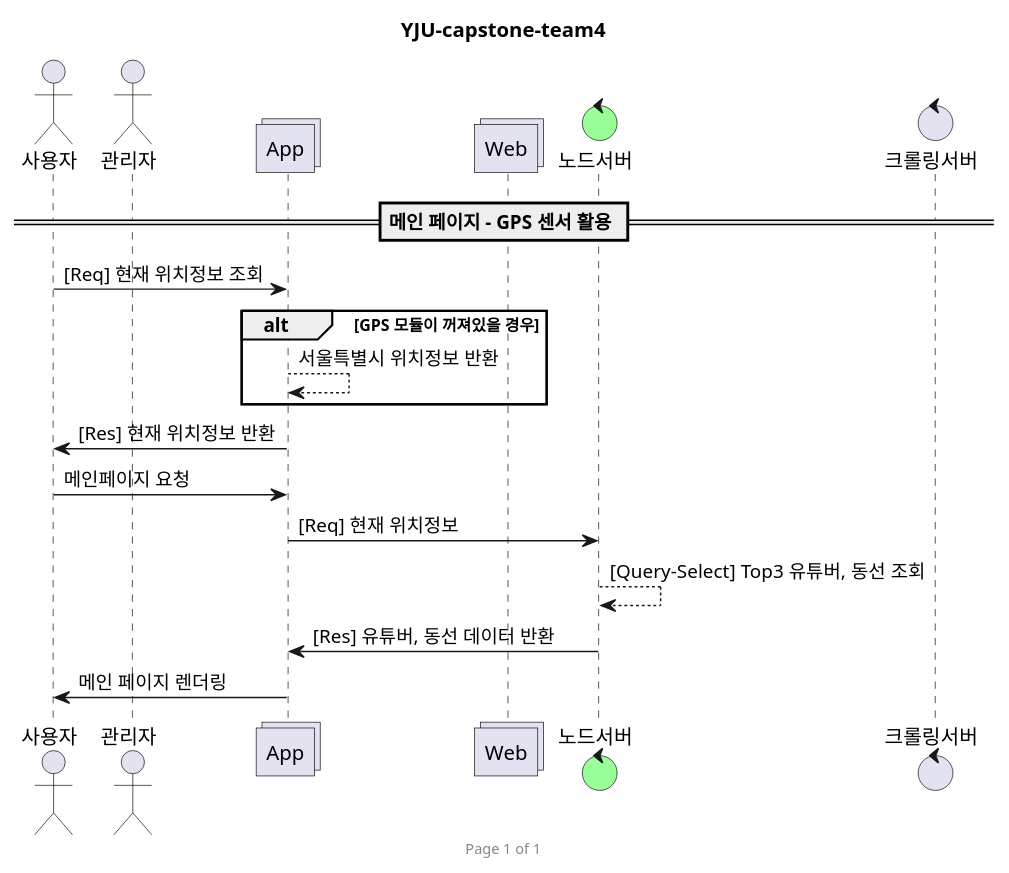
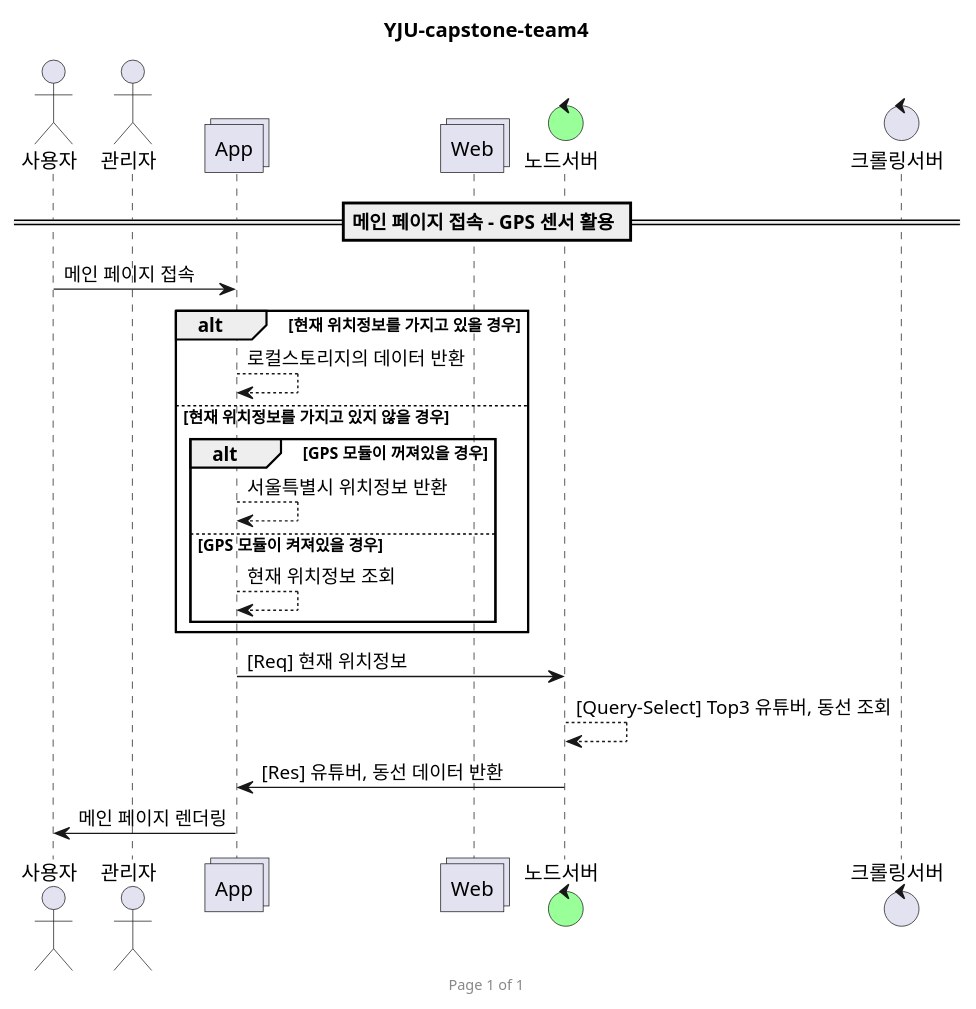
One commit to YJU-capstone-team4/ReactNative.js-project-UserApp changed the diagram in 메인 페이지 - GPS 센서 활용.wsd. Above: the diagram before and after it, drawn with PlantUML. The commit also changed 4 other files, not shown here.

Commit message:
Feature :: 메인, 유튜버 검색 + 신청 , 크롤링 확인 UML

```diff
--- a/메인 페이지 - GPS 센서 활용.wsd
+++ b/메인 페이지 - GPS 센서 활용.wsd
@@ -1,26 +1,32 @@
 @startuml
 
 title YJU-capstone-team4
 footer Page %page% of %lastpage%
 
 actor 사용자 as User
 actor 관리자 as Admin
 
 collections App
 collections Web
 control 노드서버 as Node #99FF99
 control 크롤링서버 as Lamda
 
-== 메인 페이지 - GPS 센서 활용 ==
-User -> App : [Req] 현재 위치정보 조회
+== 메인 페이지 접속 - GPS 센서 활용 ==
+User -> App : 메인 페이지 접속
+alt 현재 위치정보를 가지고 있을 경우
+    App --> App : 로컬스토리지의 데이터 반환
+else 현재 위치정보를 가지고 있지 않을 경우
     alt GPS 모듈이 꺼져있을 경우
         App --> App : 서울특별시 위치정보 반환
+    else GPS 모듈이 켜져있을 경우
+    App --> App : 현재 위치정보 조회
     end
-App -> User : [Res] 현재 위치정보 반환
+end
+' App -> User : [Res] 현재 위치정보 반환
 
-User -> App : 메인페이지 요청
+' User -> App : 메인페이지 요청
 App -> Node : [Req] 현재 위치정보
-    Node --> Node : [Query-Select] Top3 유튜버, 동선 조회
+Node --> Node : [Query-Select] Top3 유튜버, 동선 조회
 Node -> App : [Res] 유튜버, 동선 데이터 반환
 App -> User : 메인 페이지 렌더링
 @enduml
```
